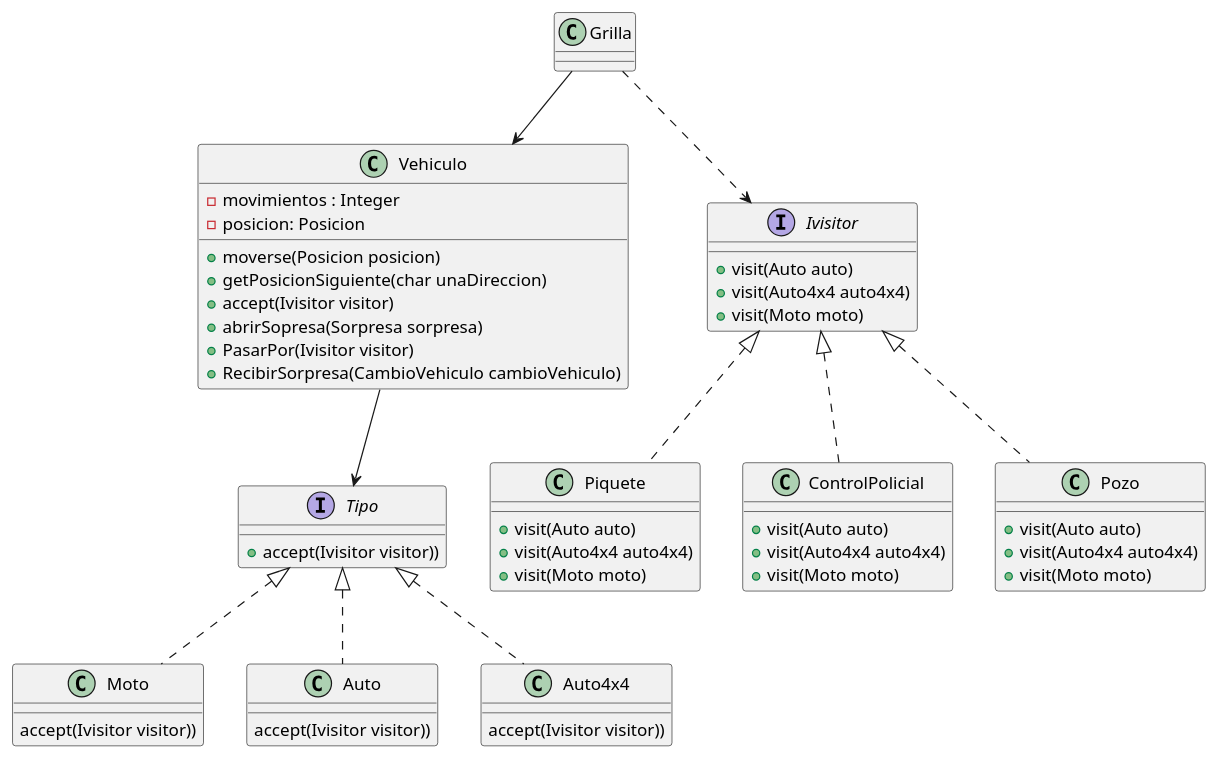
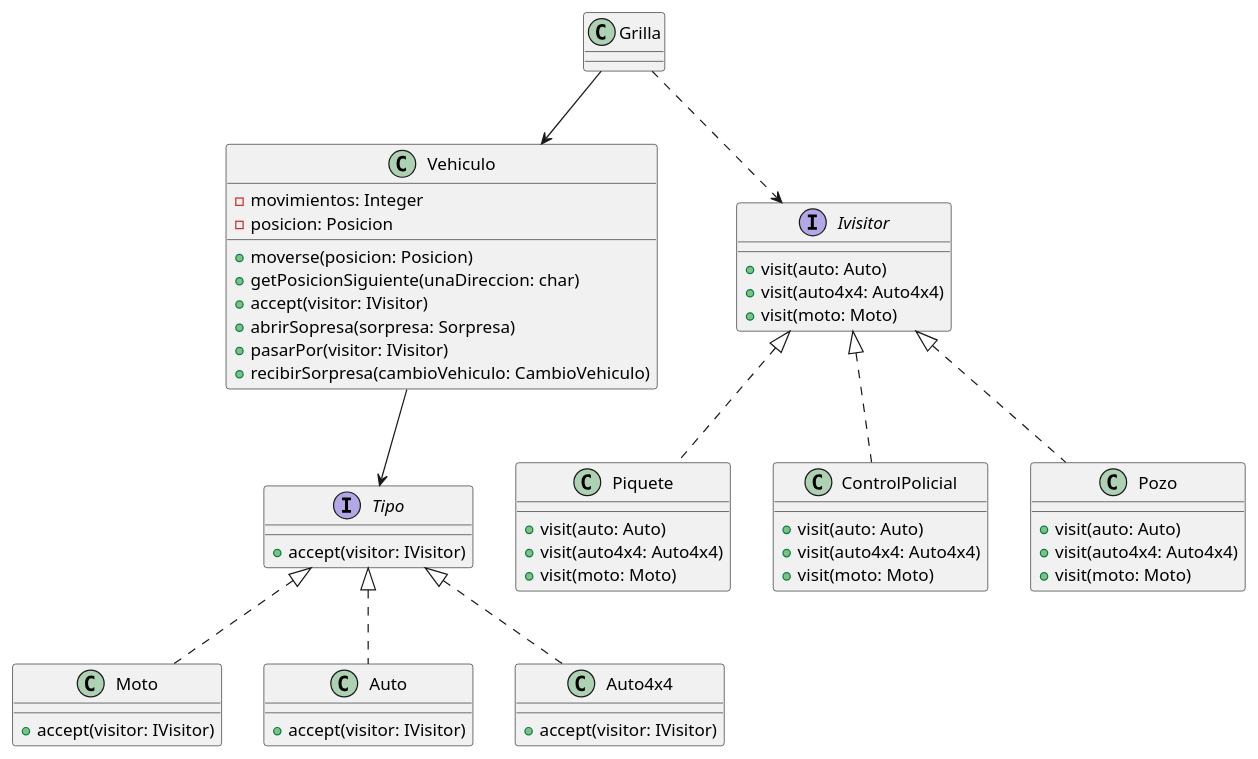
Before and after one commit to Dolo-pavon01/gpsChallenge: the diagram in diagrams/classes/entrega 2/Obstaculos.puml, drawn with PlantUML. The commit also changed 6 other files, not shown here.

Commit message:
chore(diagrams): se modificaron definiciones de diagramas

```diff
--- a/diagrams/classes/entrega 2/Obstaculos.puml
+++ b/diagrams/classes/entrega 2/Obstaculos.puml
@@ -1,66 +1,64 @@
 @startuml
 class Grilla{}
-class Vehiculo{
--movimientos : Integer
--posicion: Posicion
-+moverse(Posicion posicion)
-+getPosicionSiguiente(char unaDireccion)
-+accept(Ivisitor visitor)
-+abrirSopresa(Sorpresa sorpresa)
-+PasarPor(Ivisitor visitor)
-+RecibirSorpresa(CambioVehiculo cambioVehiculo)
+
+class Vehiculo {
+    - movimientos: Integer
+    - posicion: Posicion
+    + moverse(posicion: Posicion)
+    + getPosicionSiguiente(unaDireccion: char)
+    + accept(visitor: IVisitor)
+    + abrirSopresa(sorpresa: Sorpresa)
+    + pasarPor(visitor: IVisitor)
+    + recibirSorpresa(cambioVehiculo: CambioVehiculo)
 }
-interface Ivisitor{
-+visit(Auto auto)
-+visit(Auto4x4 auto4x4)
-+visit(Moto moto)
-}
-interface Tipo{
-+accept(Ivisitor visitor))
+interface Ivisitor {
+    + visit(auto: Auto)
+    + visit(auto4x4: Auto4x4)
+    + visit(moto: Moto)
 }
 
-
-class Moto{
-accept(Ivisitor visitor))
-}
-class Auto{
-accept(Ivisitor visitor))
+interface Tipo {
+    + accept(visitor: IVisitor)
 }
 
-class Auto4x4{
-accept(Ivisitor visitor))
+class Moto {
+    + accept(visitor: IVisitor)
 }
 
-class Piquete{
-+visit(Auto auto)
-+visit(Auto4x4 auto4x4)
-+visit(Moto moto)
+class Auto {
+    + accept(visitor: IVisitor)
 }
-class ControlPolicial{
-+visit(Auto auto)
-+visit(Auto4x4 auto4x4)
-+visit(Moto moto)
+
+class Auto4x4 {
+    + accept(visitor: IVisitor)
 }
-class Pozo{
-+visit(Auto auto)
-+visit(Auto4x4 auto4x4)
-+visit(Moto moto)
+
+class Piquete {
+    + visit(auto: Auto)
+    + visit(auto4x4: Auto4x4)
+    + visit(moto: Moto)
+}
+
+class ControlPolicial {
+    + visit(auto: Auto)
+    + visit(auto4x4: Auto4x4)
+    + visit(moto: Moto)
+}
+
+class Pozo {
+    + visit(auto: Auto)
+    + visit(auto4x4: Auto4x4)
+    + visit(moto: Moto)
 }
 
 Grilla --> Vehiculo
-
 Grilla ..> Ivisitor
 Vehiculo --> Tipo
 Tipo <|.. Moto
 Tipo <|.. Auto
 Tipo <|.. Auto4x4
-
-
-
 Ivisitor <|.. Piquete
 Ivisitor <|.. ControlPolicial
 Ivisitor <|.. Pozo
 
-
-
 @enduml
```
